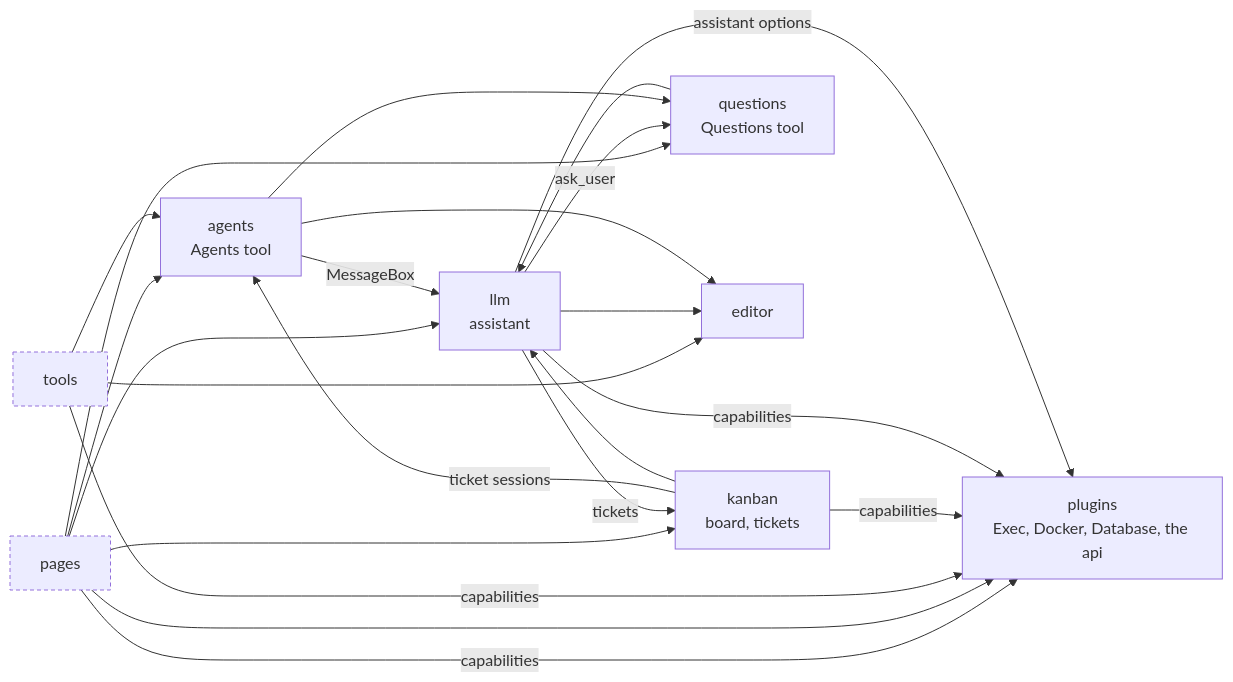
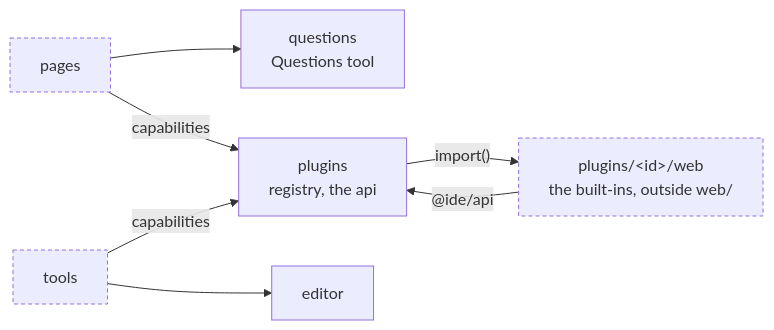
One commit to DrSmithFr/web-ide changed the second of 2 diagrams in web/src/README.md. Above: the diagram before and after it, drawn with Mermaid. The commit also changed other lines of this file and 331 other files, not shown here.

First line of the commit message:
#133 Layout: one folder per plugin, plugins/<id>/ (Go, web, e2e), root package.json

````diff
--- a/web/src/README.md
+++ b/web/src/README.md
@@ -36,34 +36,17 @@
 ```mermaid
 flowchart LR
   pages["pages"]
   tools["tools"]
-  kanban["kanban<br/>board, tickets"]
-  llm["llm<br/>assistant"]
-  agents["agents<br/>Agents tool"]
   questions["questions<br/>Questions tool"]
-  plugins["plugins<br/>Exec, Docker, Database, the api"]
+  plugins["plugins<br/>registry, the api"]
+  builtins["plugins/&lt;id&gt;/web<br/>the built-ins, outside web/"]
   editor["editor"]
-  pages --> agents
   pages -->|"capabilities"| plugins
-  pages --> plugins
-  pages --> kanban
-  pages --> llm
   pages --> questions
-  tools --> agents
   tools -->|"capabilities"| plugins
   tools --> editor
-  kanban -->|"ticket sessions"| agents
-  kanban -->|"capabilities"| plugins
-  kanban --> llm
-  llm -->|"capabilities"| plugins
-  llm -->|"assistant options"| plugins
-  llm --> editor
-  llm -->|"tickets"| kanban
-  llm -->|"ask_user"| questions
-  agents --> editor
-  agents -->|"MessageBox"| llm
-  agents --> questions
-  questions --> llm
+  plugins -->|"import()"| builtins
+  builtins -->|"@ide/api"| plugins
   classDef other stroke-dasharray: 4 3
-  class pages,tools other
+  class pages,tools,builtins other
 ```
````
